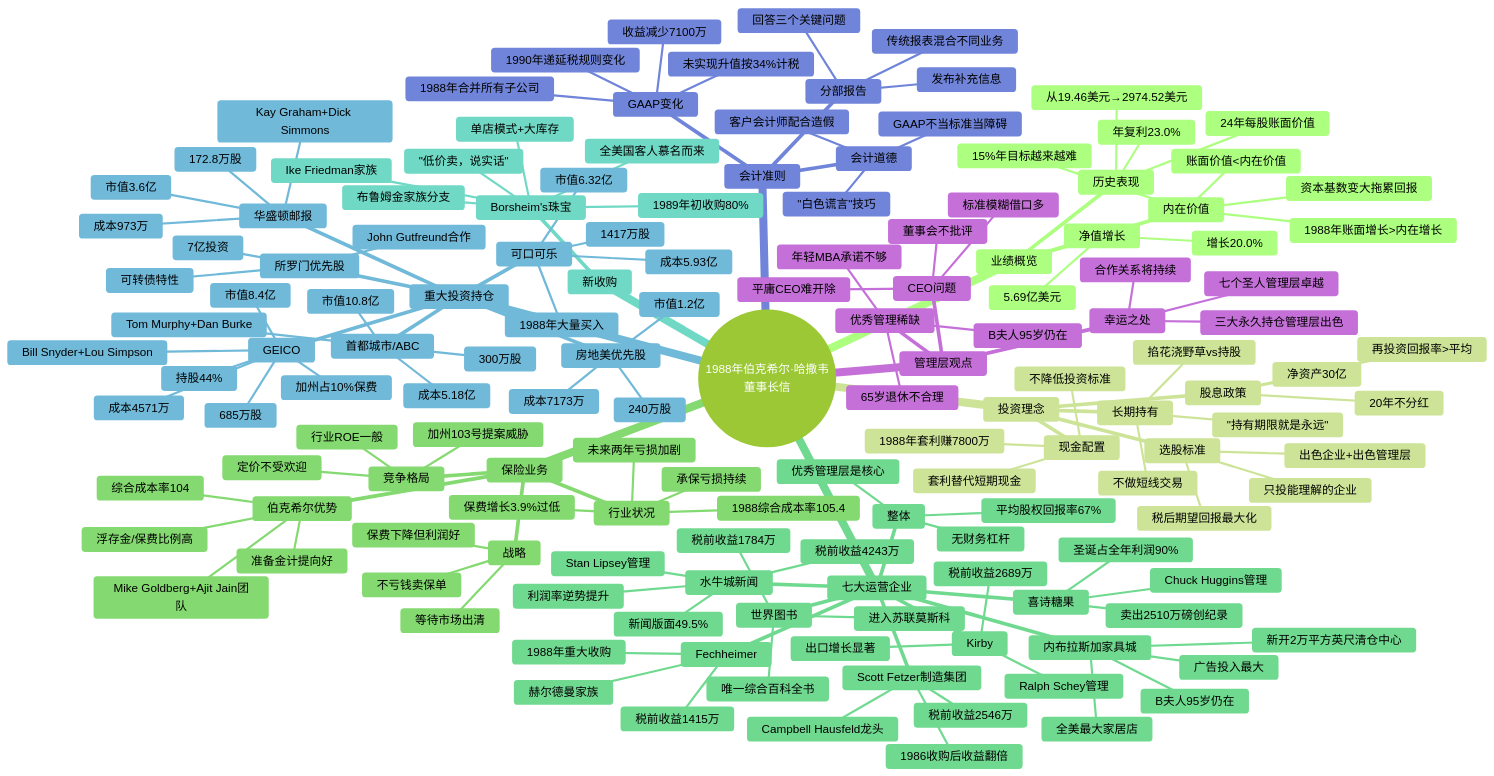
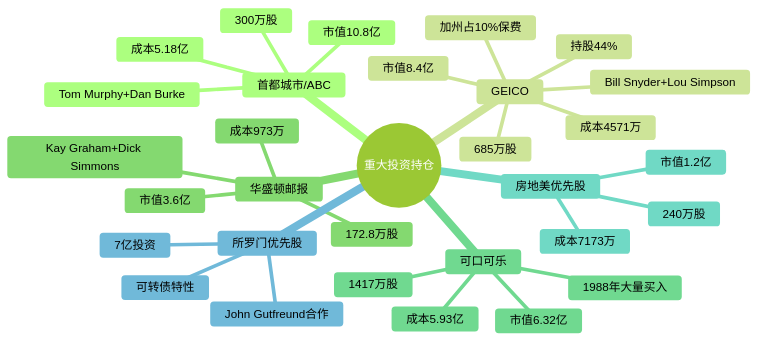
Before and after one commit to carllhm/buffett-knowledge-base: the seventh of 9 diagrams in docs/01_letters/1988年/思维导图.md, drawn with Mermaid (forest theme). The commit also changed other lines of this file and 719 other files, not shown here.

Commit message:
思维导图重构：两级结构，总览+折叠子导图

````diff
--- a/docs/01_letters/1988年/思维导图.md
+++ b/docs/01_letters/1988年/思维导图.md
@@ -5,154 +208,34 @@
 ```mermaid
 mindmap
-  root((1988年伯克希尔·哈撒韦<br/>董事长信))
-    业绩概览
-      净值增长
-        5.69亿美元
-        增长20.0%
-      历史表现
-        24年每股账面价值
-        从19.46美元→2974.52美元
-        年复利23.0%
-      内在价值
-        账面价值<内在价值
-        1988年账面增长>内在增长
-        15%年目标越来越难
-        资本基数变大拖累回报
-    投资理念
-      长期持有
-        "持有期限就是永远"
-        不做短线交易
-        掐花浇野草vs持股
-      选股标准
-        税后期望回报最大化
-        出色企业+出色管理层
-        只投能理解的企业
-      现金配置
-        套利替代短期现金
-        1988年套利赚7800万
-        不降低投资标准
-      股息政策
-        20年不分红
-        净资产30亿
-        再投资回报率>平均
-    保险业务
-      行业状况
-        1988综合成本率105.4
-        承保亏损持续
-        保费增长3.9%过低
-        未来两年亏损加剧
-      竞争格局
-        行业ROE一般
-        定价不受欢迎
-        加州103号提案威胁
-      伯克希尔优势
-        综合成本率104
-        浮存金/保费比例高
-        准备金计提向好
-        Mike Goldberg+Ajit Jain团队
-      战略
-        不亏钱卖保单
-        保费下降但利润好
-        等待市场出清
-    七大运营企业
-      水牛城新闻
-        税前收益4243万
-        Stan Lipsey管理
-        利润率逆势提升
-        新闻版面49.5%
-      内布拉斯加家具城
-        B夫人95岁仍在
-        全美最大家居店
-        广告投入最大
-        新开2万平方英尺清仓中心
-      喜诗糖果
-        卖出2510万磅创纪录
-        圣诞占全年利润90%
-        Chuck Huggins管理
-      Fechheimer
-        税前收益1415万
-        赫尔德曼家族
-        1988年重大收购
-      Kirby
-        税前收益2689万
-        出口增长显著
-        Ralph Schey管理
-      世界图书
-        税前收益1784万
-        进入苏联莫斯科
-        唯一综合百科全书
-      Scott Fetzer制造集团
-        税前收益2546万
-        Campbell Hausfeld龙头
-        1986收购后收益翻倍
-      整体
-        平均股权回报率67%
-        无财务杠杆
-        优秀管理层是核心
-    新收购
-      Borsheim's珠宝
-        1989年初收购80%
-        Ike Friedman家族
-        布鲁姆金家族分支
-        "低价卖，说实话"
-        单店模式+大库存
-        全美国客人慕名而来
-    重大投资持仓
-      首都城市/ABC
-        300万股
-        成本5.18亿
-        市值10.8亿
-        Tom Murphy+Dan Burke
-      GEICO
-        685万股
-        成本4571万
-        市值8.4亿
-        Bill Snyder+Lou Simpson
-        持股44%
-        加州占10%保费
-      华盛顿邮报
-        172.8万股
-        成本973万
-        市值3.6亿
-        Kay Graham+Dick Simmons
-      可口可乐
-        1417万股
-        成本5.93亿
-        市值6.32亿
-        1988年大量买入
-      房地美优先股
-        240万股
-        成本7173万
-        市值1.2亿
-      所罗门优先股
-        7亿投资
-        John Gutfreund合作
-        可转债特性
-    会计准则
-      GAAP变化
-        1988年合并所有子公司
-        1990年递延税规则变化
-        未实现升值按34%计税
-        收益减少7100万
-      分部报告
-        传统报表混合不同业务
-        发布补充信息
-        回答三个关键问题
-      会计道德
-        GAAP不当标准当障碍
-        客户会计师配合造假
-        "白色谎言"技巧
-    管理层观点
-      优秀管理稀缺
-        65岁退休不合理
-        B夫人95岁仍在
-        年轻MBA承诺不够
-      CEO问题
-        平庸CEO难开除
-        标准模糊借口多
-        董事会不批评
-      幸运之处
-        三大永久持仓管理层出色
-        七个圣人管理层卓越
-        合作关系将持续
+  root((重大投资持仓))
+    首都城市/ABC
+      300万股
+      成本5.18亿
+      市值10.8亿
+      Tom Murphy+Dan Burke
+    GEICO
+      685万股
+      成本4571万
+      市值8.4亿
+      Bill Snyder+Lou Simpson
+      持股44%
+      加州占10%保费
+    华盛顿邮报
+      172.8万股
+      成本973万
+      市值3.6亿
+      Kay Graham+Dick Simmons
+    可口可乐
+      1417万股
+      成本5.93亿
+      市值6.32亿
+      1988年大量买入
+    房地美优先股
+      240万股
+      成本7173万
+      市值1.2亿
+    所罗门优先股
+      7亿投资
+      John Gutfreund合作
+      可转债特性
 ```
````
